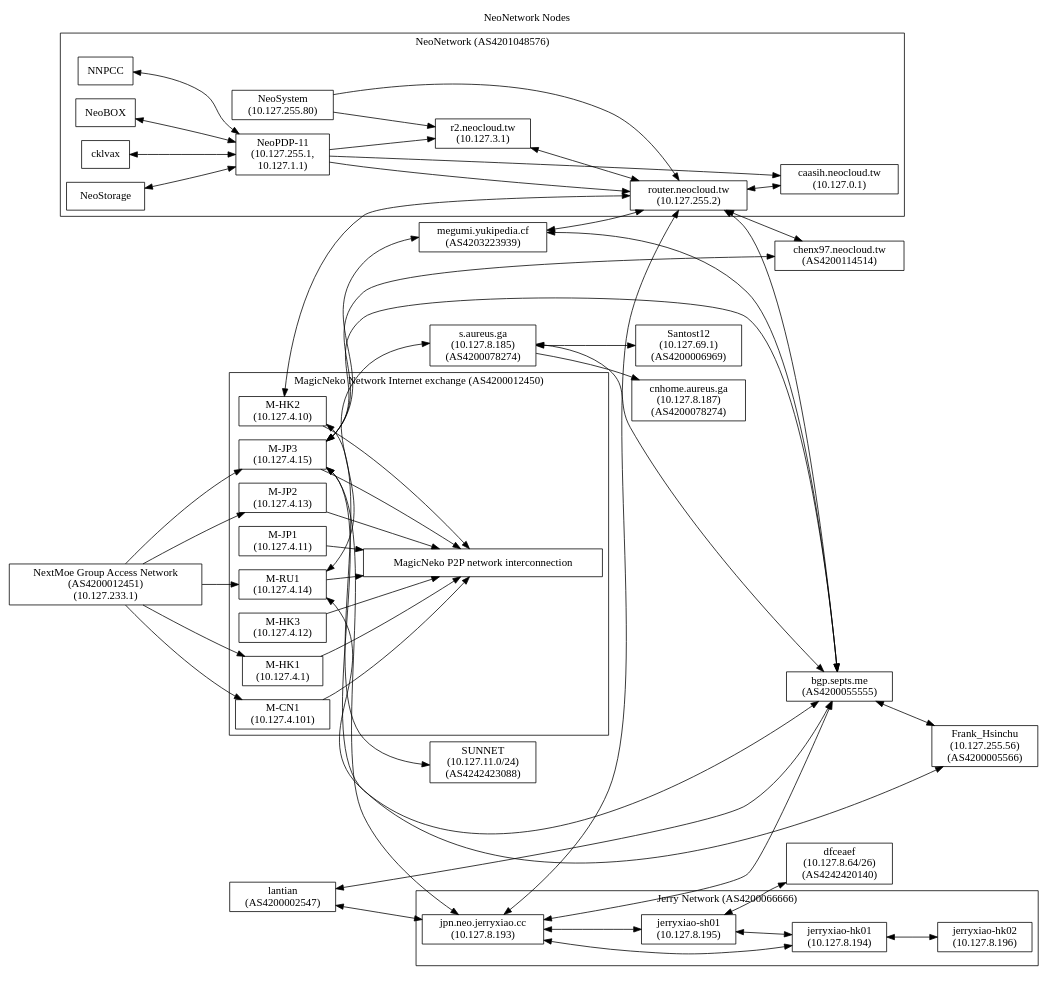
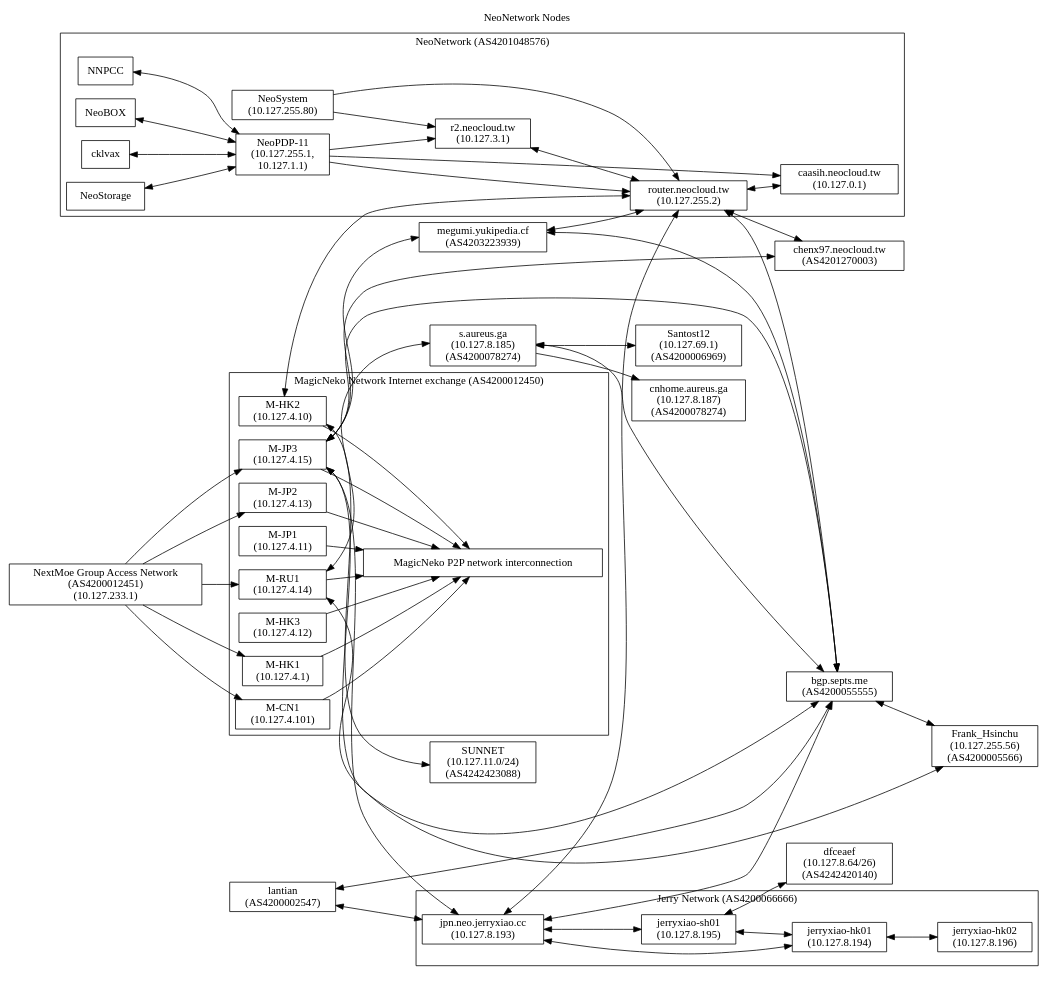
One commit to NeoCloud/NeoNetwork changed the diagram in nodes.dot. Above: the diagram before and after it, drawn with Graphviz. The commit also changed 1 other file, not shown here.

Commit message:
nodes.dot, nodes.svg: update ASN for graph entries

```diff
--- a/nodes.dot
+++ b/nodes.dot
@@ -1,105 +1,105 @@
 digraph "NeoNetwork Nodes"
 {
 	label="NeoNetwork Nodes";
 	labelloc="t";
 	rankdir=LR;
 	node [shape=box]
 	c [label="caasih.neocloud.tw\n(10.127.0.1)"]
 	ucbvax [label="router.neocloud.tw\n(10.127.255.2)"]
 	np11 [label="NeoPDP-11\n(10.127.255.1,\n10.127.1.1)"]
 	ns [label="NeoSystem\n(10.127.255.80)"]
 	megumiLHS [label="megumi.yukipedia.cf\n(AS4203223939)"]
 	pan [label="r2.neocloud.tw\n(10.127.3.1)"]
 	icecat_Explosion [label="MagicNeko P2P network interconnection"]
 	icecat_Notebook [label="NextMoe Group Access Network\n(AS4200012451)\n(10.127.233.1)"]
 	magicneko_HK01 [label="M-HK1\n(10.127.4.1)"]
 	magicneko_HK02 [label="M-HK2\n(10.127.4.10)"]
 	magicneko_JP01 [label="M-JP1\n(10.127.4.11)"]
 	magicneko_HK03 [label="M-HK3\n(10.127.4.12)"]
 	magicneko_JP02 [label="M-JP2\n(10.127.4.13)"]
 	magicneko_RU01 [label="M-RU1\n(10.127.4.14)"]
 	magicneko_JP03 [label="M-JP3\n(10.127.4.15)"]
 	magicneko_CN01 [label="M-CN1\n(10.127.4.101)"]
 	staph [label="s.aureus.ga\n(10.127.8.185)\n(AS4200078274)"]
 	staph_CN [label="cnhome.aureus.ga\n(10.127.8.187)\n(AS4200078274)"]
-	chenx97 [label="chenx97.neocloud.tw\n(AS4200114514)"]
+	chenx97 [label="chenx97.neocloud.tw\n(AS4201270003)"]
 	JerryXiao [label="jpn.neo.jerryxiao.cc\n(10.127.8.193)"]
 	JerryXiao_SH01 [label="jerryxiao-sh01\n(10.127.8.195)"]
 	JerryXiao_HK01 [label="jerryxiao-hk01\n(10.127.8.194)"]
 	JerryXiao_HK02 [label="jerryxiao-hk02\n(10.127.8.196)"]
 	septs [label="bgp.septs.me\n(AS4200055555)"]
 	lantian [label="lantian\n(AS4200002547)"]
 	dfceaef [label="dfceaef\n(10.127.8.64/26)\n(AS4242420140)"]
 	SUNNET [label="SUNNET\n(10.127.11.0/24)\n(AS4242423088)"]
 	santost12 [label="Santost12\n(10.127.69.1)\n(AS4200006969)"]
 	frank_hsinchu [label="Frank_Hsinchu\n(10.127.255.56)\n(AS4200005566)"]
 	subgraph cluster_AS4201048576
 	{
 		label = "NeoNetwork (AS4201048576)";
 
 		NNPCC -> np11 [dir=both]
 		NeoBOX -> np11 [dir=both]
 		cklvax -> np11 [dir=both]
 		NeoStorage -> np11 [dir=both]
 		np11 -> ucbvax
 		np11 -> pan
 		np11 -> c
 		ucbvax -> c [dir=both]
 		ns -> ucbvax
 		ns -> pan
 		pan -> ucbvax [dir=both]
 	}
 
 	megumiLHS -> ucbvax [dir=both]
 	magicneko_HK02 -> ucbvax [dir=both]
 	staph -> staph_CN
 	ucbvax -> chenx97 [dir=both]
 
 	subgraph cluster_AS4200012450
 	{
 		label="MagicNeko Network Internet exchange (AS4200012450)";
 
 		magicneko_HK01 -> icecat_Explosion
 		magicneko_HK02 -> icecat_Explosion
 		magicneko_JP01 -> icecat_Explosion
 		magicneko_HK03 -> icecat_Explosion
 		magicneko_JP02 -> icecat_Explosion
 		magicneko_RU01 -> icecat_Explosion
 		magicneko_JP03 -> icecat_Explosion
 		magicneko_CN01 -> icecat_Explosion
 	}
 
 	subgraph cluster_AS4200066666
 	{
 		label="Jerry Network (AS4200066666)";
 
 		JerryXiao -> JerryXiao_SH01 [dir=both]
 		JerryXiao -> JerryXiao_HK01 [dir=both]
 		JerryXiao_SH01 -> JerryXiao_HK01 [dir=both]
 		JerryXiao_HK01 -> JerryXiao_HK02 [dir=both]
 	}
 
 	JerryXiao -> ucbvax [dir=both]
 	JerryXiao -> septs [dir=both]
 	JerryXiao_SH01 -> dfceaef [dir=both]
 	magicneko_JP03 -> JerryXiao [dir=both]
 	lantian -> septs [dir=both]
 	lantian -> JerryXiao [dir=both]
 	magicneko_JP03 -> septs [dir=both]
 	staph -> septs [dir=both]
 	ucbvax -> septs [dir=both]
 	magicneko_JP03 -> chenx97 [dir=both]
 	magicneko_RU01 -> staph [dir=both]
 	megumiLHS -> septs [dir=both]
 	magicneko_HK02 -> SUNNET [dir=both]
 	staph -> santost12 [dir=both]
 	magicneko_RU01 -> septs [dir=both]
 	magicneko_JP03 -> megumiLHS [dir=both]
 	magicneko_JP03 -> frank_hsinchu [dir=both]
 	septs	->	frank_hsinchu	[dir=both]
 	icecat_Notebook -> magicneko_HK01
 	icecat_Notebook -> magicneko_JP03
 	icecat_Notebook -> magicneko_RU01
 	icecat_Notebook -> magicneko_CN01
 	icecat_Notebook -> magicneko_JP02
 }
```
